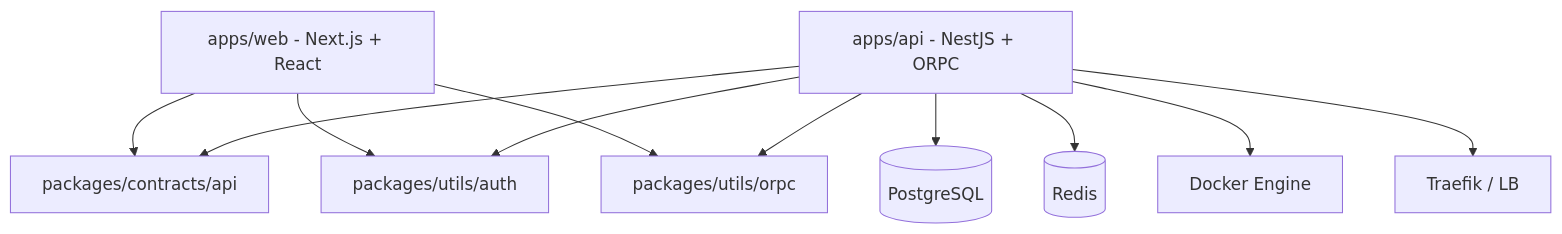
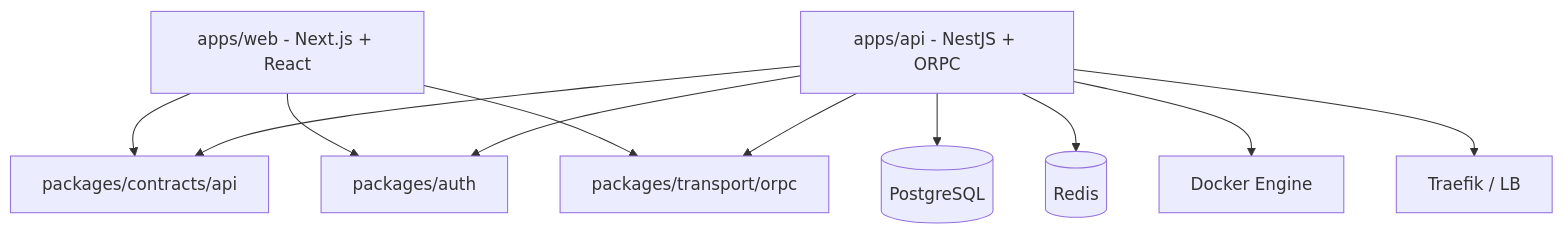
One commit to N0SAFE/deployer changed the seventh of 16 diagrams in apps/doc/content/docs/architecture/platform-capabilities-graphs.mdx. Above: the diagram before and after it, drawn with Mermaid. The commit also changed 870 other files, not shown here.

````diff
--- a/apps/doc/content/docs/architecture/platform-capabilities-graphs.mdx
+++ b/apps/doc/content/docs/architecture/platform-capabilities-graphs.mdx
@@ -214,24 +214,24 @@
 ```mermaid
 flowchart TD
     Web[apps/web - Next.js + React]
     Api[apps/api - NestJS + ORPC]
     Contracts[packages/contracts/api]
-    Auth[packages/utils/auth]
-    ORPCUtils[packages/utils/orpc]
+    Auth[packages/auth]
+    ORPCUtils[packages/transport/orpc]
     DB[(PostgreSQL)]
     Redis[(Redis)]
     Docker[Docker Engine]
     Traefik[Traefik / LB]
 
     Web --> Contracts
     Web --> Auth
     Web --> ORPCUtils
 
     Api --> Contracts
     Api --> Auth
     Api --> ORPCUtils
     Api --> DB
     Api --> Redis
     Api --> Docker
     Api --> Traefik
 ```
````
